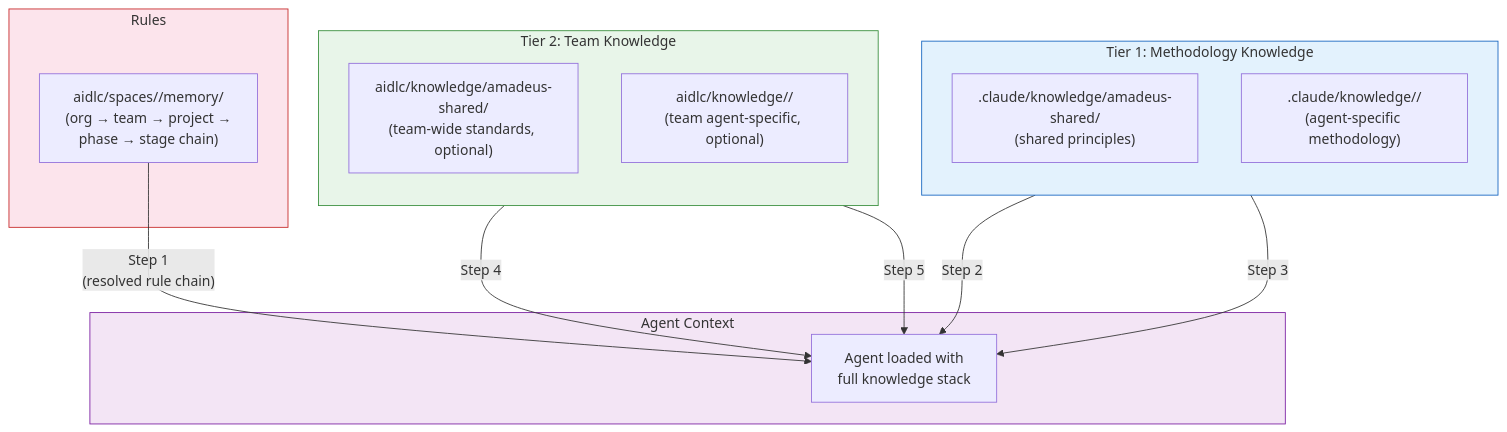
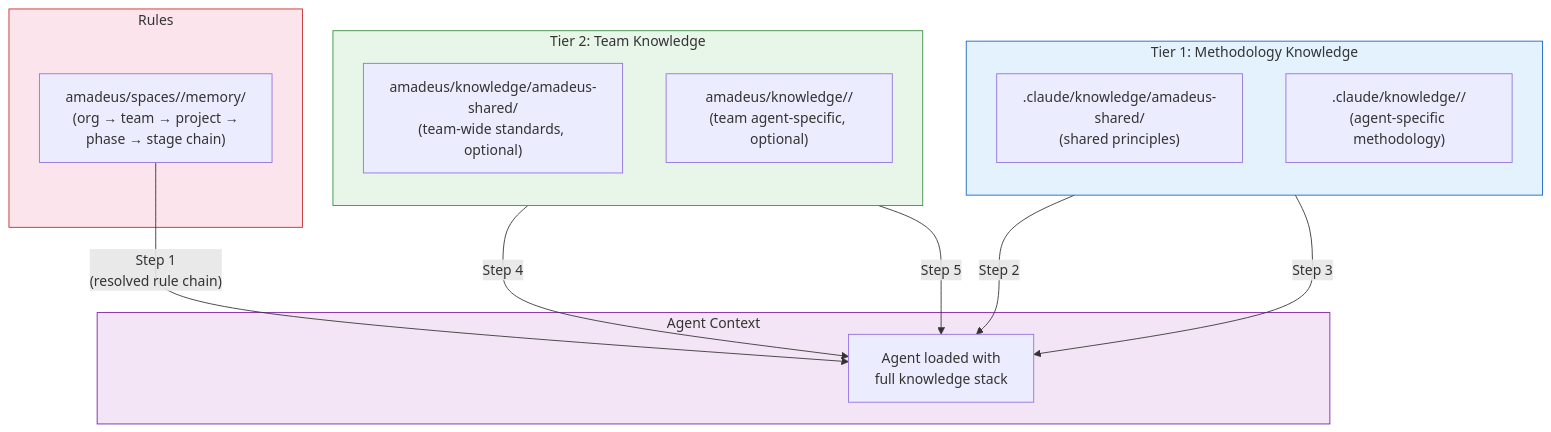
Before and after one commit to amadeus-dlc/amadeus: the first of 2 diagrams in docs/guide/08-knowledge.md, drawn with Mermaid. The commit also changed other lines of this file and 326 other files, not shown here.

First line of the commit message:
refactor: rename the aidlc/ workspace root to amadeus/

````diff
--- a/docs/guide/08-knowledge.md
+++ b/docs/guide/08-knowledge.md
@@ -9,33 +9,33 @@
 ```mermaid
 flowchart TD
     subgraph TIER1["Tier 1: Methodology Knowledge"]
         direction TB
         MK_SHARED[".claude/knowledge/amadeus-shared/\n(shared principles)"]
         MK_AGENT[".claude/knowledge/<agent>/\n(agent-specific methodology)"]
     end
 
     subgraph TIER2["Tier 2: Team Knowledge"]
         direction TB
-        TK_SHARED["aidlc/knowledge/amadeus-shared/\n(team-wide standards, optional)"]
-        TK_AGENT["aidlc/knowledge/<agent>/\n(team agent-specific, optional)"]
+        TK_SHARED["amadeus/knowledge/amadeus-shared/\n(team-wide standards, optional)"]
+        TK_AGENT["amadeus/knowledge/<agent>/\n(team agent-specific, optional)"]
     end
 
     subgraph RULES["Rules"]
-        GR["aidlc/spaces/<space>/memory/\n(org → team → project →\nphase → stage chain)"]
+        GR["amadeus/spaces/<space>/memory/\n(org → team → project →\nphase → stage chain)"]
     end
 
     subgraph CONTEXT["Agent Context"]
         AC["Agent loaded with\nfull knowledge stack"]
     end
 
     GR -->|"Step 1\n(resolved rule chain)"| AC
     MK_SHARED -->|"Step 2"| AC
     MK_AGENT -->|"Step 3"| AC
     TK_SHARED -->|"Step 4"| AC
     TK_AGENT -->|"Step 5"| AC
 
     style TIER1 fill:#e3f2fd,stroke:#1565c0
     style TIER2 fill:#e8f5e9,stroke:#388e3c
     style RULES fill:#fce4ec,stroke:#c62828
     style CONTEXT fill:#f3e5f5,stroke:#7b1fa2
 ```
````
